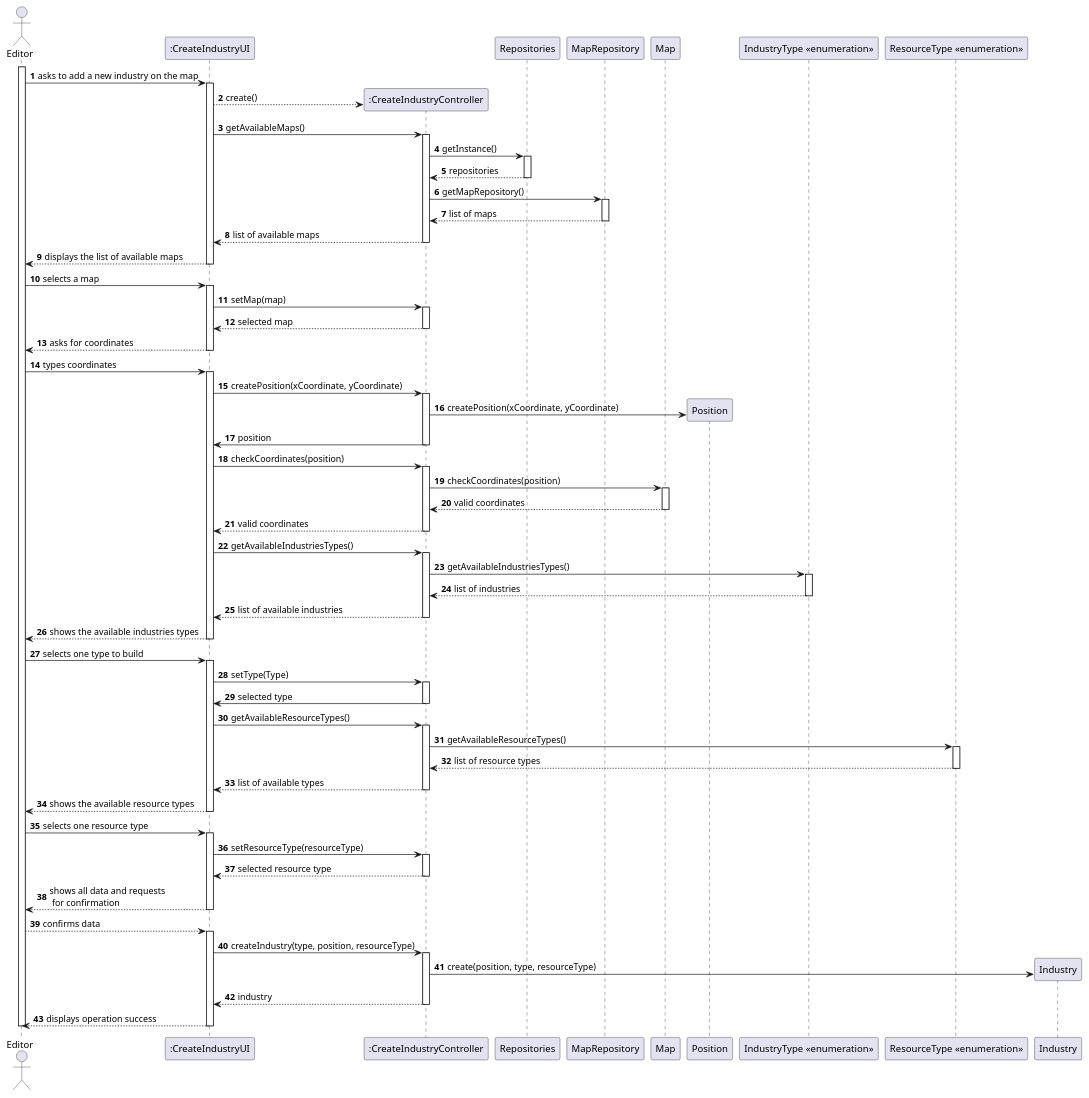
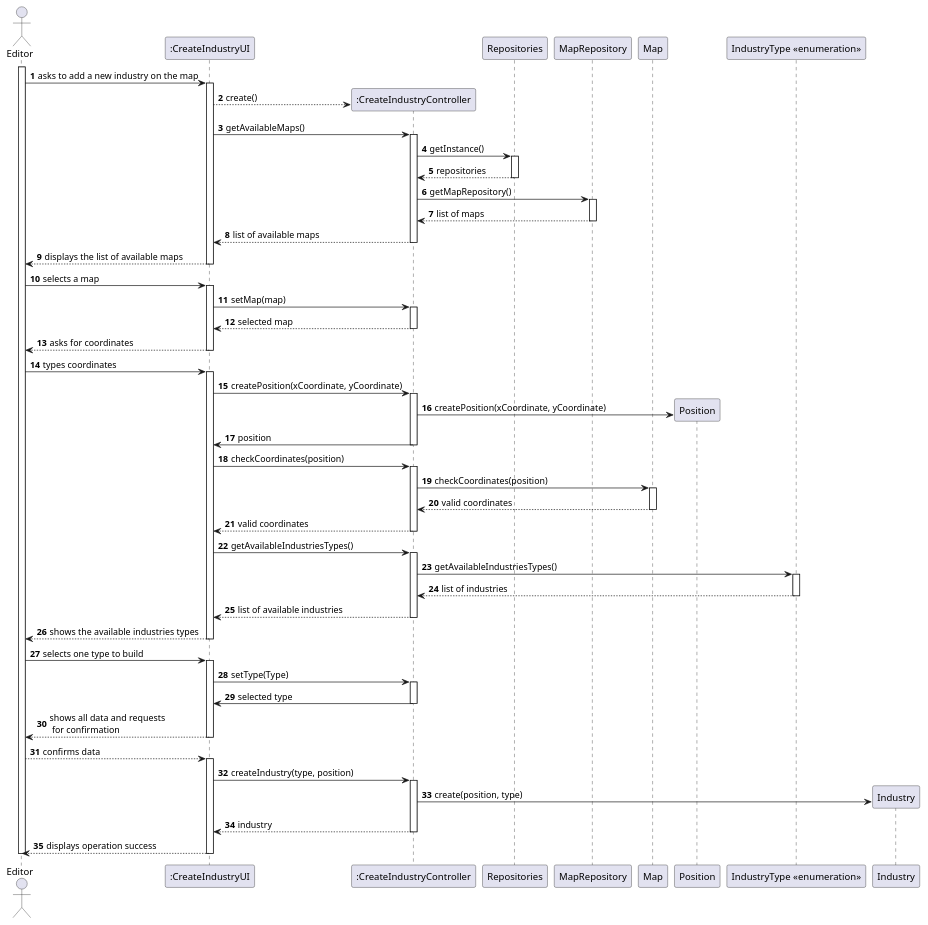
One commit to 1240935/pi2-railway-simulator changed the diagram in Sprint2/US002/03.design/puml/US002-SD-full.puml. Above: the diagram before and after it, drawn with PlantUML. The commit also changed 8 other files, not shown here.

```diff
--- a/Sprint2/US002/03.design/puml/US002-SD-full.puml
+++ b/Sprint2/US002/03.design/puml/US002-SD-full.puml
@@ -1,157 +1,134 @@
 @startuml
 'skinparam monochrome true
 skinparam packageStyle rectangle
 skinparam shadowing false
 
 autonumber
 
  actor "Editor" as EDITOR
     participant ":CreateIndustryUI" as UI
     participant ":CreateIndustryController" as CTRL
     participant "Repositories" as REPOS
     participant "MapRepository" as MREPOS
     participant "Map" as MAP
     participant "Position" as POS
     participant "IndustryType <<enumeration>>" as TYPE
-    participant "ResourceType <<enumeration>>" as RETYPE
     participant "Industry" as INDUSTRY
 
 
 activate EDITOR
 
     EDITOR -> UI : asks to add a new industry on the map
     activate UI
 
     UI --> CTRL** : create()
 
     UI -> CTRL : getAvailableMaps()
     activate CTRL
 
     CTRL -> REPOS : getInstance()
     activate REPOS
 
     REPOS --> CTRL: repositories
     deactivate REPOS
 
     CTRL -> MREPOS : getMapRepository()
     activate MREPOS
 
     MREPOS --> CTRL : list of maps
 
     deactivate MREPOS
 
     CTRL --> UI : list of available maps
     deactivate CTRL
 
     UI --> EDITOR : displays the list of available maps
 
     deactivate UI
 
     EDITOR -> UI : selects a map
 
     activate UI
 
     UI -> CTRL : setMap(map)
     activate CTRL
 
     CTRL --> UI : selected map
     deactivate CTRL
 
     UI --> EDITOR : asks for coordinates
     deactivate UI
 
     EDITOR -> UI : types coordinates
     activate UI
 
     UI -> CTRL : createPosition(xCoordinate, yCoordinate)
     activate CTRL
 
     CTRL ->POS** : createPosition(xCoordinate, yCoordinate)
 
 
     CTRL -> UI : position
     deactivate CTRL
 
     UI -> CTRL: checkCoordinates(position)
     activate CTRL
 
 
     CTRL -> MAP : checkCoordinates(position)
     activate MAP
 
     MAP --> CTRL : valid coordinates
     deactivate MAP
 
     CTRL --> UI : valid coordinates
     deactivate CTRL
 
     UI -> CTRL : getAvailableIndustriesTypes()
     activate CTRL
 
     CTRL -> TYPE : getAvailableIndustriesTypes()
     activate TYPE
 
     TYPE --> CTRL: list of industries
     deactivate TYPE
 
 
     CTRL --> UI : list of available industries
 
     deactivate CTRL
 
     UI --> EDITOR :shows the available industries types
 
     deactivate UI
 
     EDITOR -> UI :selects one type to build
     activate UI
 
     UI -> CTRL : setType(Type)
     activate CTRL
 
     CTRL -> UI : selected type
     deactivate CTRL
 
-    UI -> CTRL: getAvailableResourceTypes()
-    activate CTRL
 
-    CTRL -> RETYPE : getAvailableResourceTypes()
-    activate RETYPE
-
-    RETYPE --> CTRL : list of resource types
-    deactivate RETYPE
-
-    CTRL --> UI : list of available types
-    deactivate CTRL
-
-    UI --> EDITOR : shows the available resource types
-    deactivate UI
-
-    EDITOR -> UI : selects one resource type
-    activate UI
-
-    UI -> CTRL: setResourceType(resourceType)
-    activate CTRL
-
-    CTRL --> UI: selected resource type
-    deactivate CTRL
 
     UI --> EDITOR: shows all data and requests \n for confirmation
     deactivate  UI
 
     EDITOR --> UI: confirms data
     activate UI
 
-    UI -> CTRL : createIndustry(type, position, resourceType)
+    UI -> CTRL : createIndustry(type, position)
     activate CTRL
 
-    CTRL -> INDUSTRY** : create(position, type, resourceType)
+    CTRL -> INDUSTRY** : create(position, type)
     
 
     CTRL --> UI : industry
     deactivate CTRL
 
     UI --> EDITOR : displays operation success
     deactivate UI
     deactivate EDITOR
 @enduml
```
